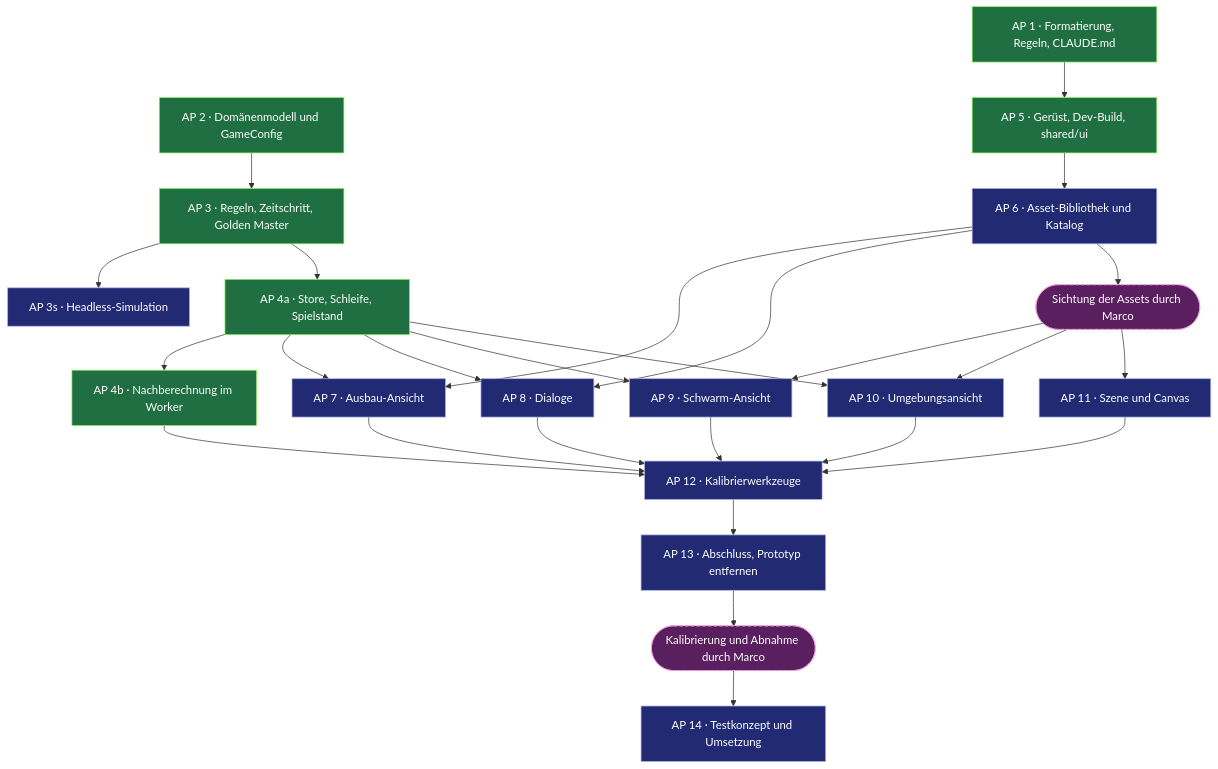
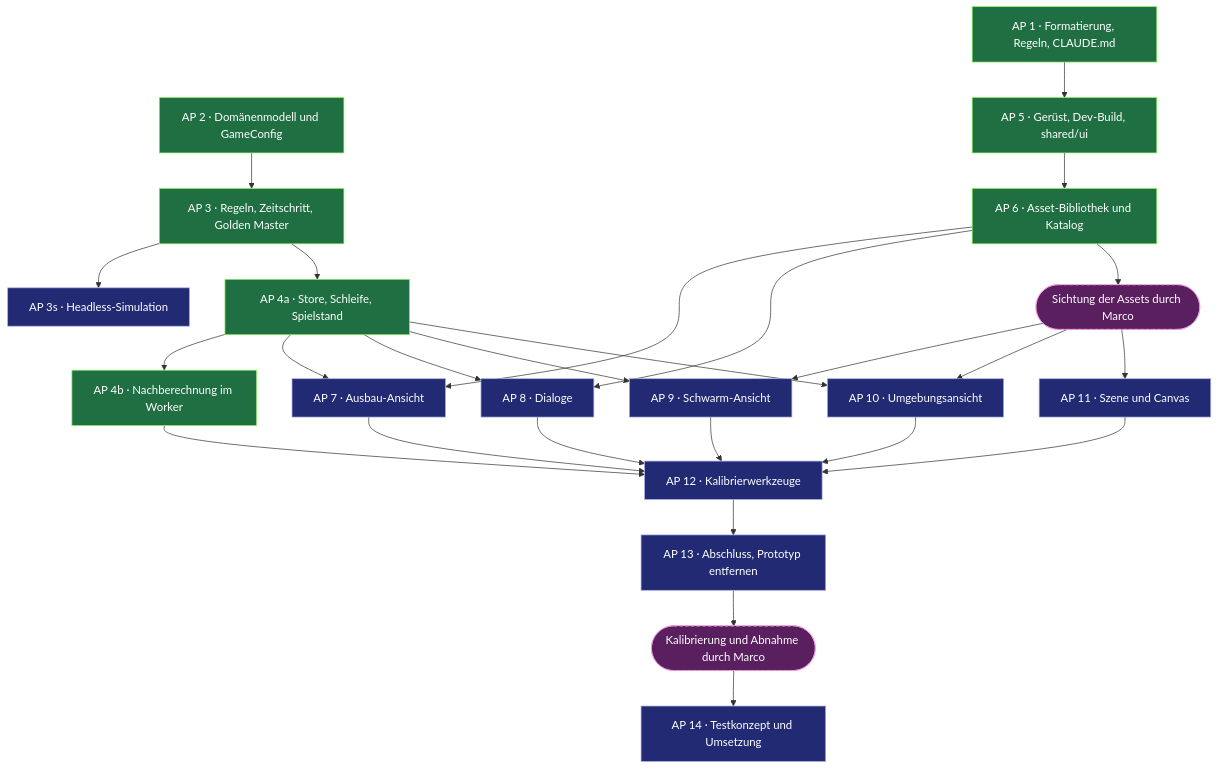
Before and after one commit to algoristic/IdleSwarm: the diagram in docs/plan-angular-umbau.md, drawn with Mermaid. The commit also changed other lines of this file and 3 other files, not shown here.

````diff
--- a/docs/plan-angular-umbau.md
+++ b/docs/plan-angular-umbau.md
@@ -9,56 +9,56 @@
 ```mermaid
 flowchart TD
   classDef done fill:#1f6f43,stroke:#8cf25a,color:#ffffff
   classDef active fill:#7a5a10,stroke:#f2c94c,color:#ffffff
   classDef open fill:#212a72,stroke:#a7aee8,color:#ffffff
   classDef user fill:#5a1f5f,stroke:#f29be0,color:#ffffff,stroke-dasharray:5 3
 
   AP1["AP 1 · Formatierung, Regeln, CLAUDE.md"]
   AP2["AP 2 · Domänenmodell und GameConfig"]
   AP3["AP 3 · Regeln, Zeitschritt, Golden Master"]
   AP3s["AP 3s · Headless-Simulation"]
   AP4a["AP 4a · Store, Schleife, Spielstand"]
   AP4b["AP 4b · Nachberechnung im Worker"]
   AP5["AP 5 · Gerüst, Dev-Build, shared/ui"]
   AP6["AP 6 · Asset-Bibliothek und Katalog"]
   AP7["AP 7 · Ausbau-Ansicht"]
   AP8["AP 8 · Dialoge"]
   S1(["Sichtung der Assets durch Marco"])
   AP9["AP 9 · Schwarm-Ansicht"]
   AP10["AP 10 · Umgebungsansicht"]
   AP11["AP 11 · Szene und Canvas"]
   AP12["AP 12 · Kalibrierwerkzeuge"]
   AP13["AP 13 · Abschluss, Prototyp entfernen"]
   S2(["Kalibrierung und Abnahme durch Marco"])
   AP14["AP 14 · Testkonzept und Umsetzung"]
 
   AP1 --> AP5
   AP2 --> AP3
   AP3 --> AP3s
   AP3 --> AP4a
   AP4a --> AP4b
   AP5 --> AP6
   AP6 --> AP7
   AP6 --> AP8
   AP6 --> S1
   AP4a --> AP7
   AP4a --> AP8
   S1 --> AP9
   S1 --> AP10
   S1 --> AP11
   AP4a --> AP9
   AP4a --> AP10
   AP4b --> AP12
   AP7 --> AP12
   AP8 --> AP12
   AP9 --> AP12
   AP10 --> AP12
   AP11 --> AP12
   AP12 --> AP13
   AP13 --> S2
   S2 --> AP14
 
-  class AP1,AP2,AP3,AP4a,AP4b,AP5 done
-  class AP3s,AP6,AP7,AP8,AP9,AP10,AP11,AP12,AP13,AP14 open
+  class AP1,AP2,AP3,AP4a,AP4b,AP5,AP6 done
+  class AP3s,AP7,AP8,AP9,AP10,AP11,AP12,AP13,AP14 open
   class S1,S2 user
 ```
````
